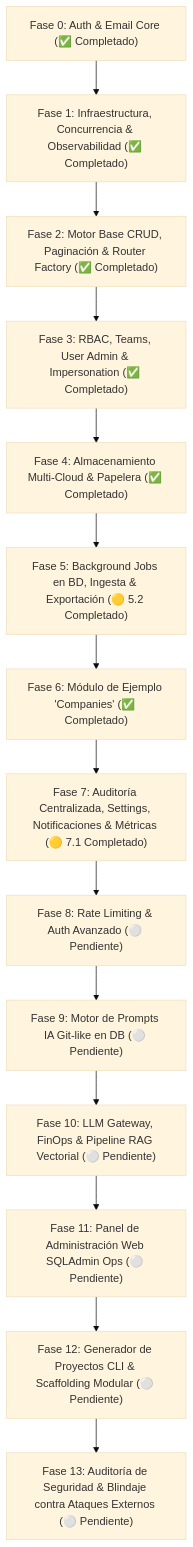
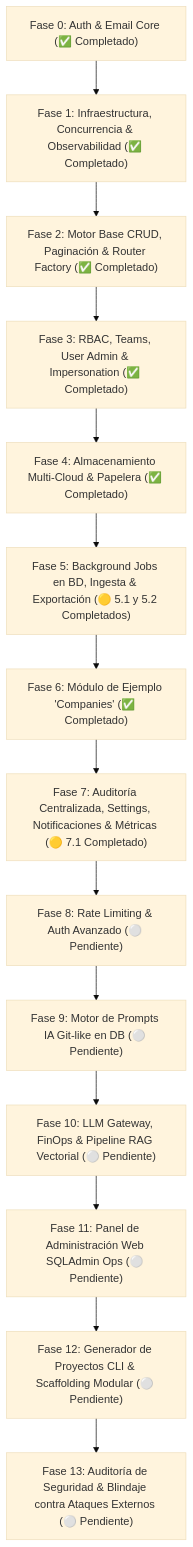
Before and after one commit to javireyramirez/fastapi_plantilla: the diagram in ROADMAP.md, drawn with Mermaid (base theme). The commit also changed other lines of this file and 21 other files, not shown here.

````diff
--- a/ROADMAP.md
+++ b/ROADMAP.md
@@ -30,16 +30,16 @@
 ```mermaid
 flowchart TD
     F0["Fase 0: Auth & Email Core (✅ Completado)"] --> F1["Fase 1: Infraestructura, Concurrencia & Observabilidad (✅ Completado)"]
     F1 --> F2["Fase 2: Motor Base CRUD, Paginación & Router Factory (✅ Completado)"]
     F2 --> F3["Fase 3: RBAC, Teams, User Admin & Impersonation (✅ Completado)"]
     F3 --> F4["Fase 4: Almacenamiento Multi-Cloud & Papelera (✅ Completado)"]
-    F4 --> F5["Fase 5: Background Jobs en BD, Ingesta & Exportación (🟡 5.2 Completado)"]
+    F4 --> F5["Fase 5: Background Jobs en BD, Ingesta & Exportación (🟡 5.1 y 5.2 Completados)"]
     F5 --> F6["Fase 6: Módulo de Ejemplo 'Companies' (✅ Completado)"]
     F6 --> F7["Fase 7: Auditoría Centralizada, Settings, Notificaciones & Métricas (🟡 7.1 Completado)"]
     F7 --> F8["Fase 8: Rate Limiting & Auth Avanzado (⚪ Pendiente)"]
     F8 --> F9["Fase 9: Motor de Prompts IA Git-like en DB (⚪ Pendiente)"]
     F9 --> F10["Fase 10: LLM Gateway, FinOps & Pipeline RAG Vectorial (⚪ Pendiente)"]
     F10 --> F11["Fase 11: Panel de Administración Web SQLAdmin Ops (⚪ Pendiente)"]
     F11 --> F12["Fase 12: Generador de Proyectos CLI & Scaffolding Modular (⚪ Pendiente)"]
     F12 --> F13["Fase 13: Auditoría de Seguridad & Blindaje contra Ataques Externos (⚪ Pendiente)"]
 ```
````
